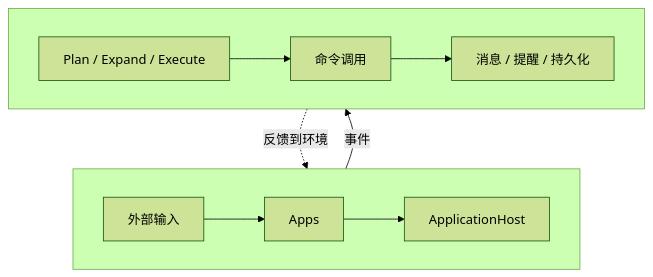
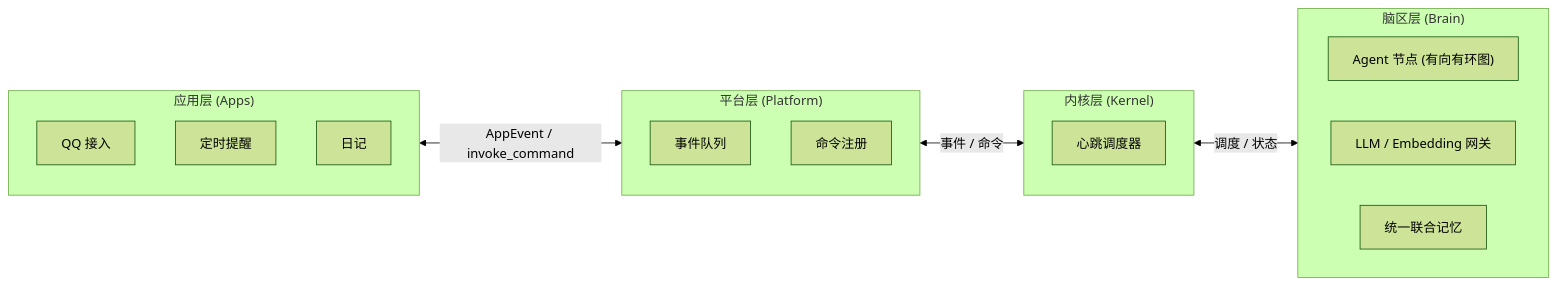
One commit to JuFireX/AuroraBot changed the diagram in docs/start/overview.md. Above: the diagram before and after it, drawn with Mermaid (forest theme). The commit also changed other lines of this file and 7 other files, not shown here.

````diff
--- a/docs/start/overview.md
+++ b/docs/start/overview.md
@@ -41,21 +41,28 @@
 ```mermaid
-flowchart TB
-    subgraph ROW1[" "]
-        direction LR
-        EXT["外部输入"]
-        APPS["Apps"]
-        HOST["ApplicationHost"]
+flowchart LR
+    subgraph APPS["应用层 (Apps)"]
+        QQ["QQ 接入"]
+        ALARM["定时提醒"]
+        DIARY["日记"]
     end
 
-    subgraph ROW2[" "]
-        direction LR
-        KERNEL["Plan / Expand / Execute"]
-        CMD["命令调用"]
-        RESULT["消息 / 提醒 / 持久化"]
+    subgraph PLATFORM["平台层 (Platform)"]
+        EVENTS["事件队列"]
+        CMDS["命令注册"]
     end
 
-    EXT --> APPS --> HOST
-    HOST -->|"事件"| KERNEL
-    KERNEL --> CMD --> RESULT
-    RESULT -.->|"反馈到环境"| EXT
+    subgraph KERNEL["内核层 (Kernel)"]
+        SCHEDULER["心跳调度器"]
+    end
+
+    subgraph BRAIN["脑区层 (Brain)"]
+        direction LR
+        NODES["Agent 节点 (有向有环图)"]
+        GATEWAY["LLM / Embedding 网关"]
+        MEMORY["统一联合记忆"]
+    end
+
+    APPS <-->|"AppEvent / invoke_command"| PLATFORM
+    PLATFORM <-->|"事件 / 命令"| KERNEL
+    KERNEL <-->|"调度 / 状态"| BRAIN
 ```
````
